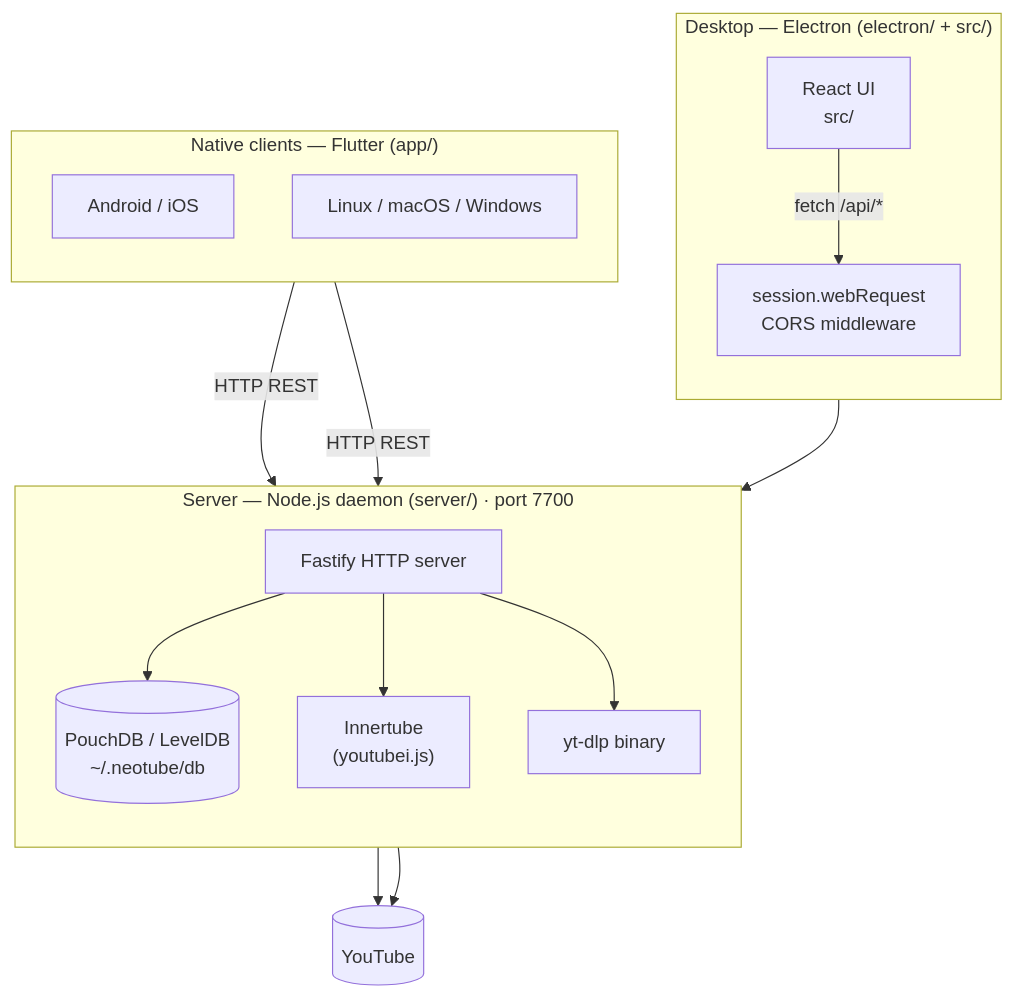
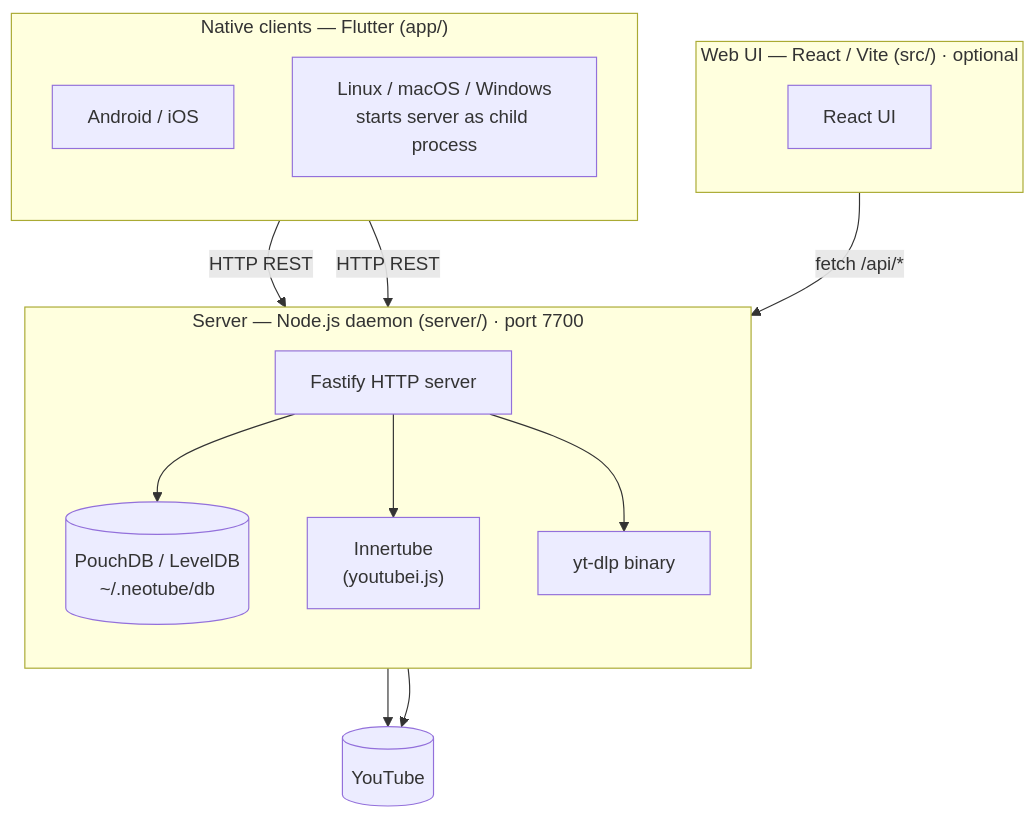
One commit to BeatLink/NeoTube changed the diagram in DEVELOP.md. Above: the diagram before and after it, drawn with Mermaid. The commit also changed other lines of this file and 25 other files, not shown here.

First line of the commit message:
Add Flutter Linux desktop support, remove Electron and Capacitor

````diff
--- a/DEVELOP.md
+++ b/DEVELOP.md
@@ -15,37 +15,35 @@
 ```mermaid
 graph TB
     %% ── Server ─────────────────────────────────────────────────────────────
     subgraph SRV["Server — Node.js daemon  (server/)  · port 7700"]
         direction TB
         FW[Fastify HTTP server]
         DB[(PouchDB / LevelDB\n~/.neotube/db)]
         IT["Innertube\n(youtubei.js)"]
         YD[yt-dlp binary]
 
         FW --> DB & IT & YD
     end
 
-    %% ── Electron frontend (stop-gap) ──────────────────────────────────────
-    subgraph EL["Desktop — Electron  (electron/ + src/)"]
+    %% ── Web UI ────────────────────────────────────────────────────────────
+    subgraph WEB["Web UI — React / Vite  (src/)  · optional"]
         direction TB
-        UI_R[React UI\nsrc/]
-        CORS["session.webRequest\nCORS middleware"]
-        UI_R -- "fetch /api/*" --> CORS
+        UI_R[React UI]
     end
 
     %% ── Flutter clients ───────────────────────────────────────────────────
     subgraph FL["Native clients — Flutter  (app/)"]
         direction TB
         FL_A[Android / iOS]
-        FL_D[Linux / macOS / Windows]
+        FL_D[Linux / macOS / Windows\nstarts server as child process]
     end
 
     %% ── External ──────────────────────────────────────────────────────────
     YT[(YouTube)]
 
     %% ── Edges ─────────────────────────────────────────────────────────────
-    CORS --> FW
+    UI_R -- "fetch /api/*" --> FW
     FL_A & FL_D -- "HTTP REST" --> FW
     IT --> YT
     YD --> YT
 ```
````
